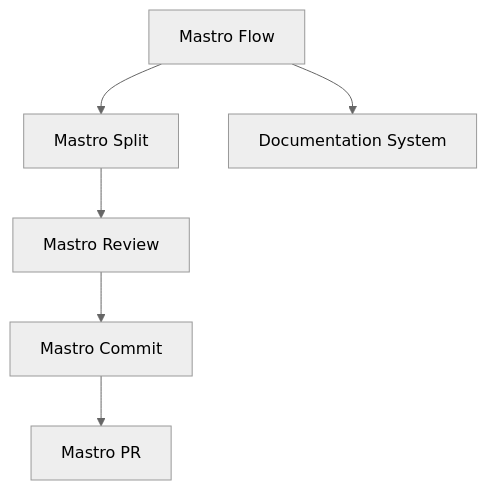
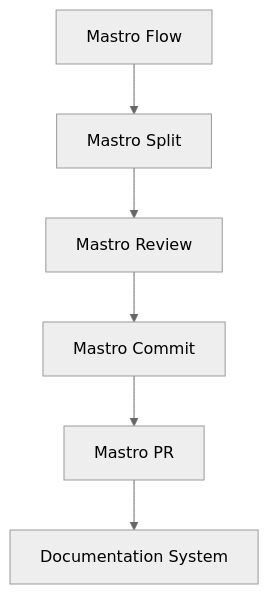
Before and after one commit to geogoesbeepboop/mastro: the first of 3 diagrams in docs/ARCHITECTURE.md, drawn with Mermaid (neutral theme). The commit also changed other lines of this file and 6 other files, not shown here.

````diff
--- a/docs/ARCHITECTURE.md
+++ b/docs/ARCHITECTURE.md
@@ -38,8 +38,8 @@
 ```mermaid
 graph TD;
     A[Mastro Flow] --> B[Mastro Split];
     B --> C[Mastro Review];
     C --> D[Mastro Commit];
     D --> E[Mastro PR];
-    A --> F[Documentation System];
+    E --> F[Documentation System];
 ```
````
